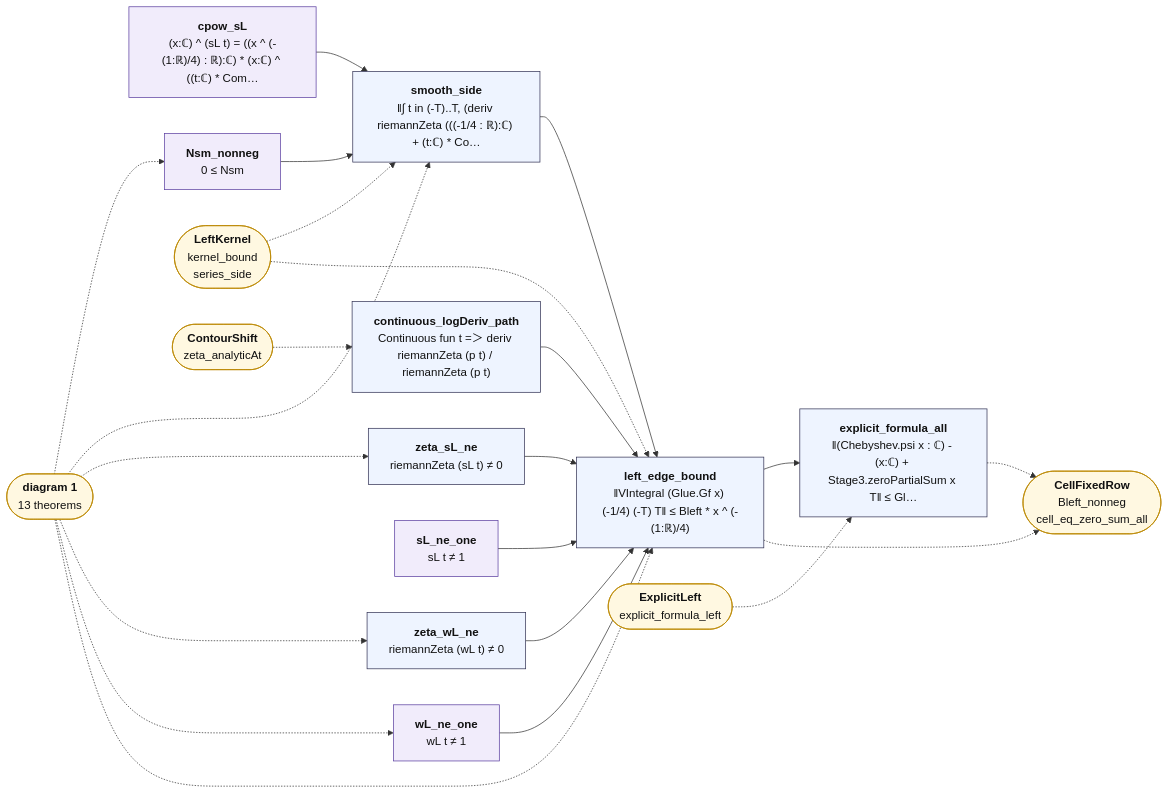
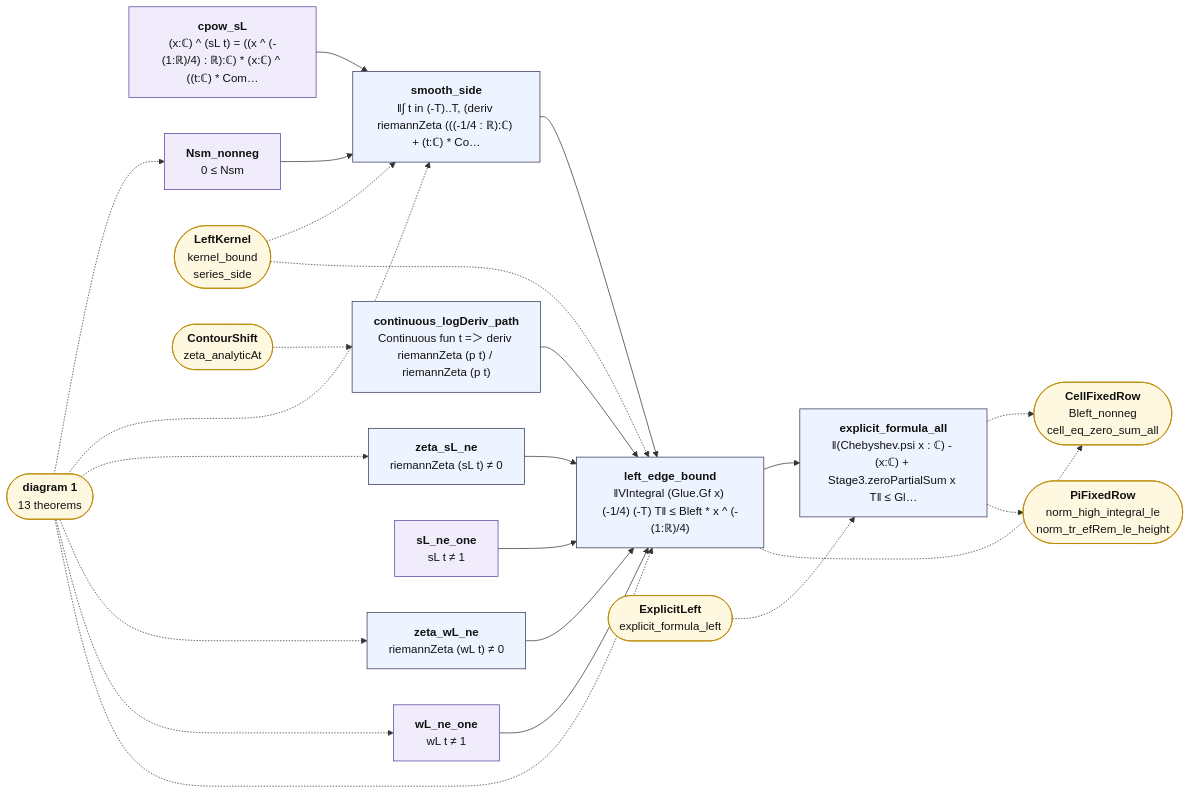
Before and after one commit to juliansambranojr/Primebeat_081426: the diagram in map/lean_stage3/LeftSmooth.2.mmd, drawn with Mermaid. The commit also changed 46 other files, not shown here.

```diff
--- a/map/lean_stage3/LeftSmooth.2.mmd
+++ b/map/lean_stage3/LeftSmooth.2.mmd
@@ -1,45 +1,47 @@
 flowchart LR
   n0["<b>cpow_sL</b><br/>(x:ℂ) ^ (sL t) = ((x ^ (-(1:ℝ)/4) : ℝ):ℂ) * (x:ℂ) ^ ((t:ℂ) * Com…"]:::shp
   n1["<b>Nsm_nonneg</b><br/>0 ≤ Nsm"]:::shp
   n2["<b>smooth_side</b><br/>‖∫ t in (-T)..T, (deriv riemannZeta (((-1/4 : ℝ):ℂ) + (t:ℂ) * Co…"]:::thm
   n3["<b>continuous_logDeriv_path</b><br/>Continuous fun t =＞ deriv riemannZeta (p t) / riemannZeta (p t)"]:::thm
   n4["<b>zeta_sL_ne</b><br/>riemannZeta (sL t) ≠ 0"]:::thm
   n5["<b>zeta_wL_ne</b><br/>riemannZeta (wL t) ≠ 0"]:::thm
   n6["<b>sL_ne_one</b><br/>sL t ≠ 1"]:::shp
   n7["<b>wL_ne_one</b><br/>wL t ≠ 1"]:::shp
   n8["<b>left_edge_bound</b><br/>‖VIntegral (Glue.Gf x) (-1/4) (-T) T‖ ≤ Bleft * x ^ (-(1:ℝ)/4)"]:::thm
   n9["<b>explicit_formula_all</b><br/>‖(Chebyshev.psi x : ℂ) - (x:ℂ) + Stage3.zeroPartialSum x T‖ ≤ Gl…"]:::thm
   x0(["<b>diagram 1</b><br/>13 theorems"]):::ext
   x1(["<b>LeftKernel</b><br/>kernel_bound<br/>series_side"]):::ext
   x2(["<b>ContourShift</b><br/>zeta_analyticAt"]):::ext
   x3(["<b>CellFixedRow</b><br/>Bleft_nonneg<br/>cell_eq_zero_sum_all"]):::ext
   x4(["<b>ExplicitLeft</b><br/>explicit_formula_left"]):::ext
+  x5(["<b>PiFixedRow</b><br/>norm_high_integral_le<br/>norm_tr_efRem_le_height"]):::ext
   n0 --> n2
   n1 --> n2
   n2 --> n8
   n3 --> n8
   n4 --> n8
   n5 --> n8
   n6 --> n8
   n7 --> n8
   n8 --> n9
   n8 -.-> x3
   n9 -.-> x3
+  n9 -.-> x5
   x0 -.-> n1
   x0 -.-> n2
   x0 -.-> n4
   x0 -.-> n5
   x0 -.-> n7
   x0 -.-> n8
   x1 -.-> n2
   x1 -.-> n8
   x2 -.-> n3
   x4 -.-> n9
   classDef cnt fill:#dff5ec,stroke:#17694a,color:#111
   classDef shp fill:#f1ecfb,stroke:#5b3fa0,color:#111
   classDef rh fill:#ffe5e5,stroke:#c22,color:#111,stroke-width:2px
   classDef thm fill:#eef4ff,stroke:#335,color:#111
   classDef end_ fill:#e7f7e7,stroke:#2a7,color:#111,stroke-width:2px
   classDef lone fill:#fff,stroke:#999,color:#111,stroke-dasharray:4 3
   classDef bad fill:#ffe5e5,stroke:#c22,color:#111,stroke-width:2px
   classDef ext fill:#fff8e1,stroke:#b80,color:#111
```
